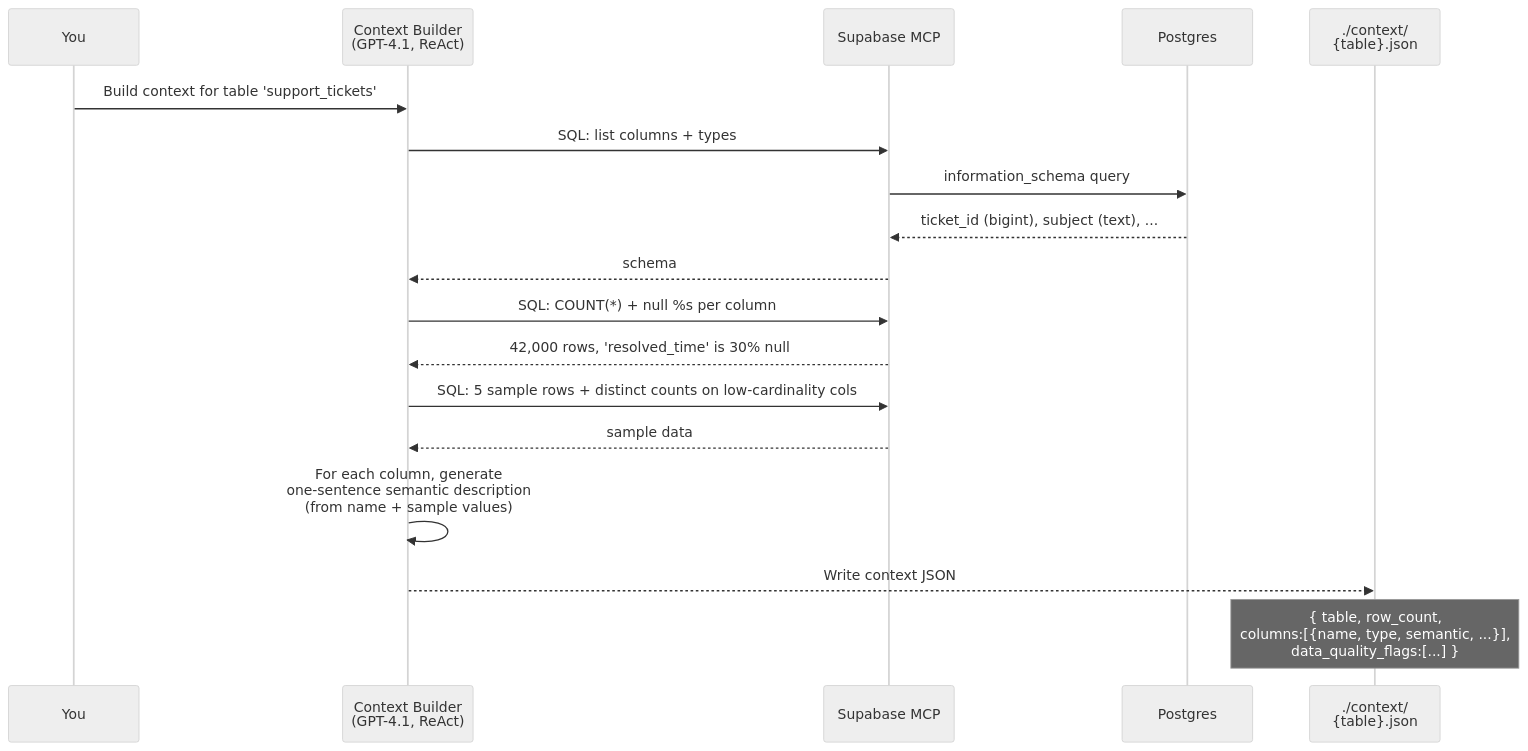
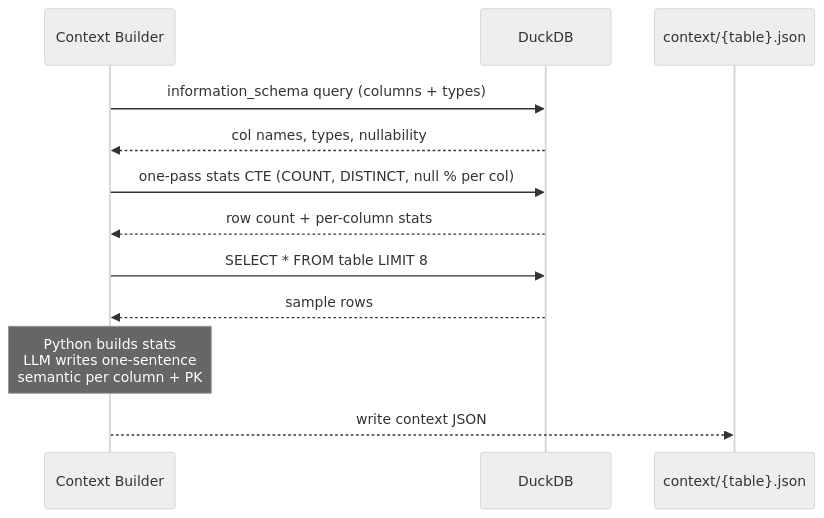
Before and after one commit to devangsharma-igna/csv-agent: the third of 5 diagrams in README.md, drawn with Mermaid (neutral theme). The commit also changed other lines of this file and 19 other files, not shown here.

````diff
--- a/README.md
+++ b/README.md
@@ -120,21 +110,15 @@
 ```mermaid
 sequenceDiagram
-    participant U as You
-    participant CB as Context Builder<br/>(GPT-4.1, ReAct)
-    participant MCP as Supabase MCP
-    participant DB as Postgres
-    participant FS as ./context/<br/>{table}.json
+    participant CB as Context Builder
+    participant DDB as DuckDB
+    participant FS as context/{table}.json
 
-    U->>CB: Build context for table 'support_tickets'
-    CB->>MCP: SQL: list columns + types
-    MCP->>DB: information_schema query
-    DB-->>MCP: ticket_id (bigint), subject (text), ...
-    MCP-->>CB: schema
-    CB->>MCP: SQL: COUNT(*) + null %s per column
-    MCP-->>CB: 42,000 rows, 'resolved_time' is 30% null
-    CB->>MCP: SQL: 5 sample rows + distinct counts on low-cardinality cols
-    MCP-->>CB: sample data
-    CB->>CB: For each column, generate<br/>one-sentence semantic description<br/>(from name + sample values)
-    CB-->>FS: Write context JSON
-    Note over FS: { table, row_count,<br/>columns:[{name, type, semantic, ...}],<br/>data_quality_flags:[...] }
+    CB->>DDB: information_schema query (columns + types)
+    DDB-->>CB: col names, types, nullability
+    CB->>DDB: one-pass stats CTE (COUNT, DISTINCT, null % per col)
+    DDB-->>CB: row count + per-column stats
+    CB->>DDB: SELECT * FROM table LIMIT 8
+    DDB-->>CB: sample rows
+    Note over CB: Python builds stats<br/>LLM writes one-sentence<br/>semantic per column + PK
+    CB-->>FS: write context JSON
 ```
````
